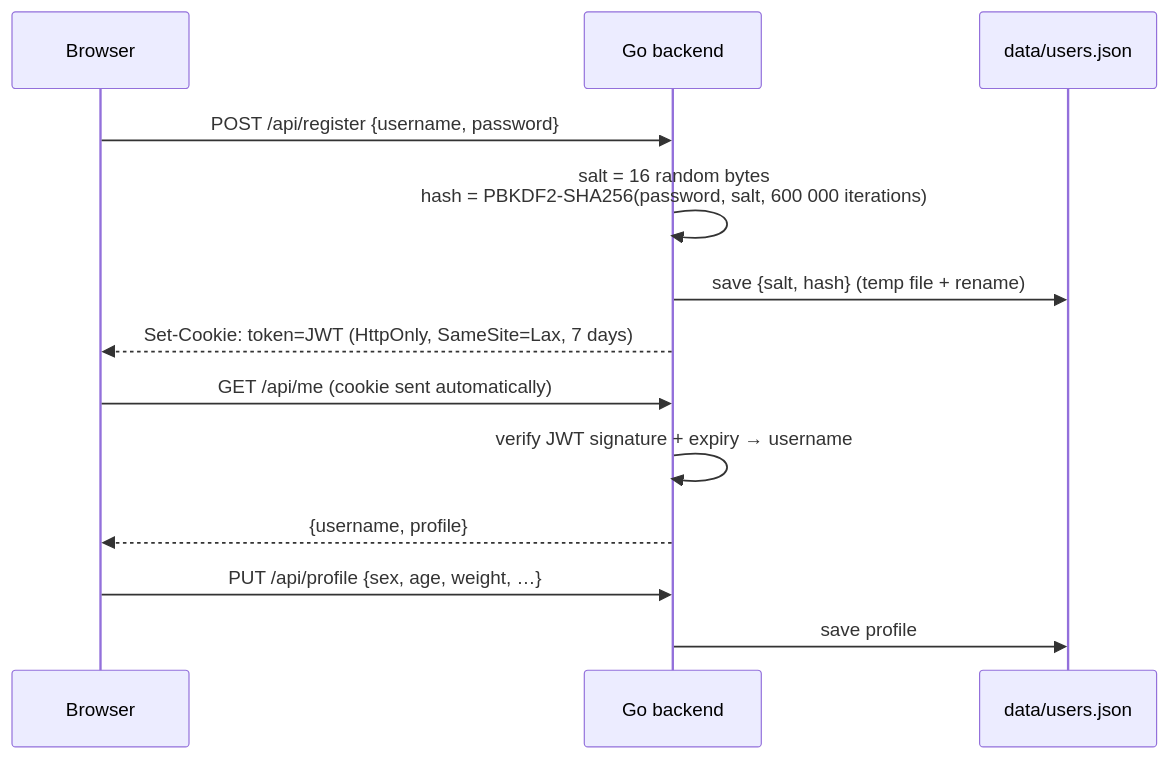
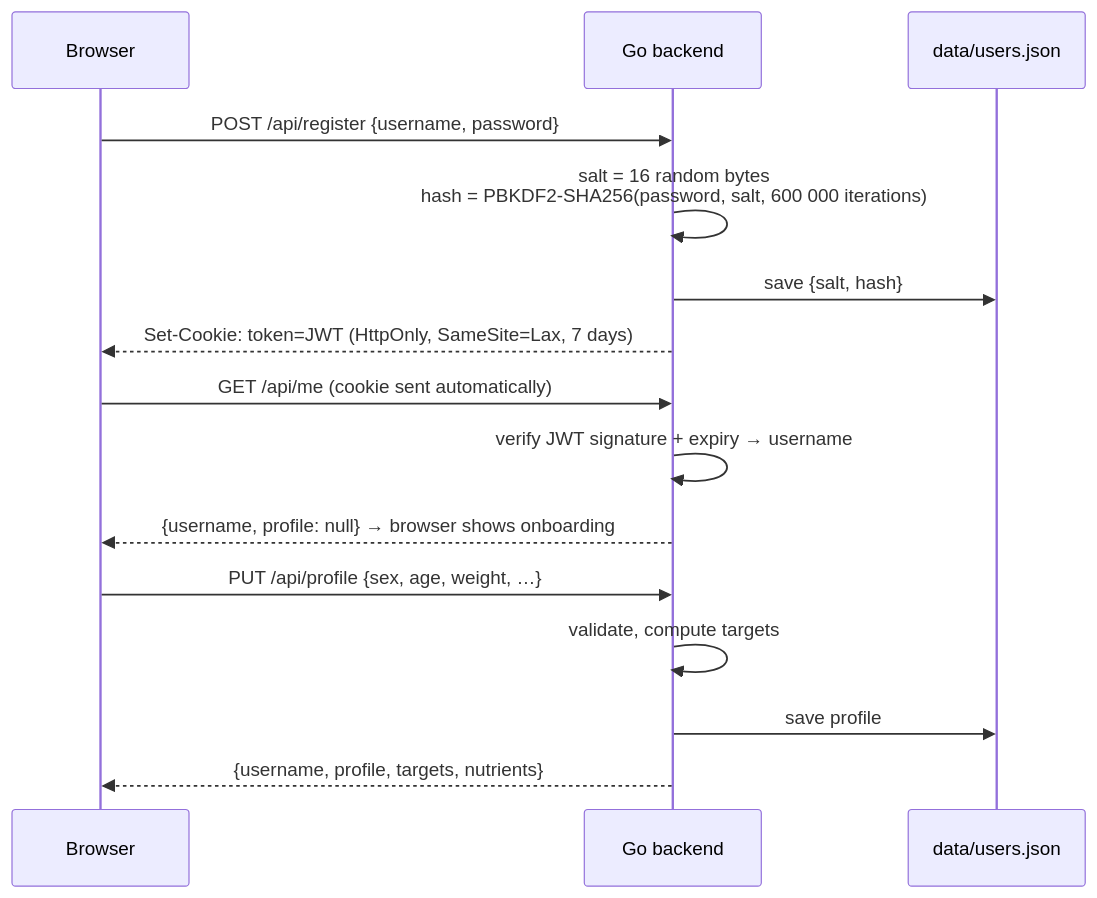
The fourth of 4 diagrams in README.md (tonyc973/ai-nutrition-agent), drawn with Mermaid before and after one commit. The commit also changed other lines of this file and 33 other files, not shown here.

````diff
--- a/README.md
+++ b/README.md
@@ -222,15 +252,17 @@
 ```mermaid
 sequenceDiagram
     participant B as Browser
     participant G as Go backend
     participant F as data/users.json
     B->>G: POST /api/register {username, password}
     G->>G: salt = 16 random bytes<br/>hash = PBKDF2-SHA256(password, salt, 600 000 iterations)
-    G->>F: save {salt, hash} (temp file + rename)
+    G->>F: save {salt, hash}
     G-->>B: Set-Cookie: token=JWT (HttpOnly, SameSite=Lax, 7 days)
     B->>G: GET /api/me (cookie sent automatically)
     G->>G: verify JWT signature + expiry → username
-    G-->>B: {username, profile}
+    G-->>B: {username, profile: null} → browser shows onboarding
     B->>G: PUT /api/profile {sex, age, weight, …}
+    G->>G: validate, compute targets
     G->>F: save profile
+    G-->>B: {username, profile, targets, nutrients}
 ```
````
